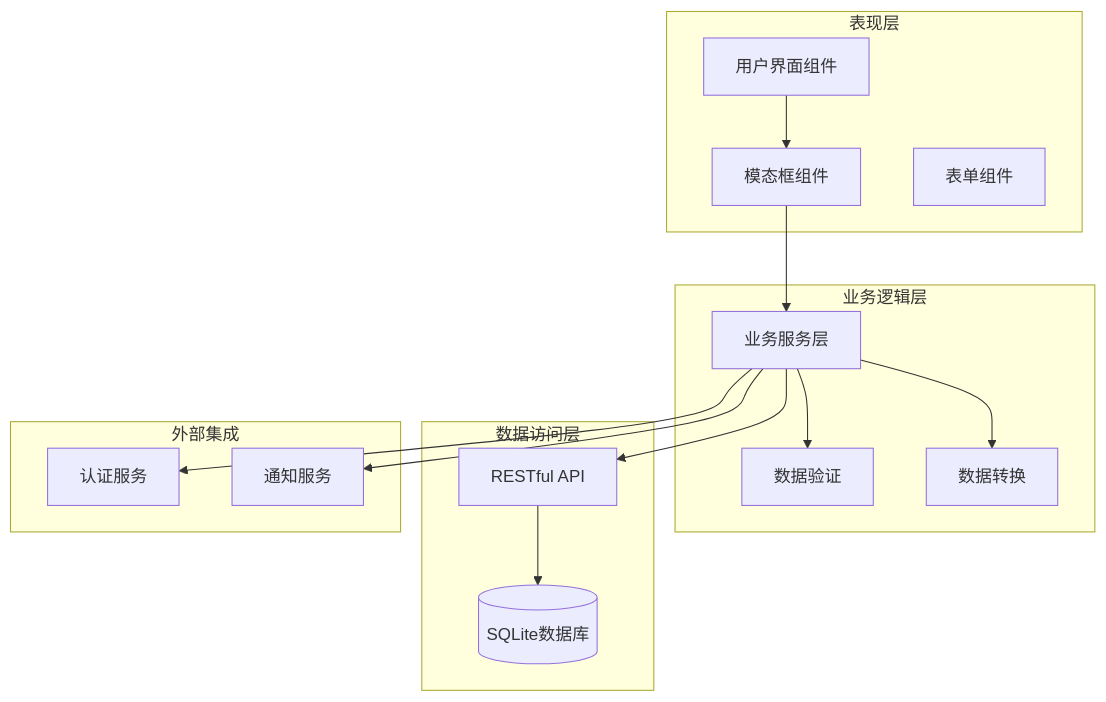
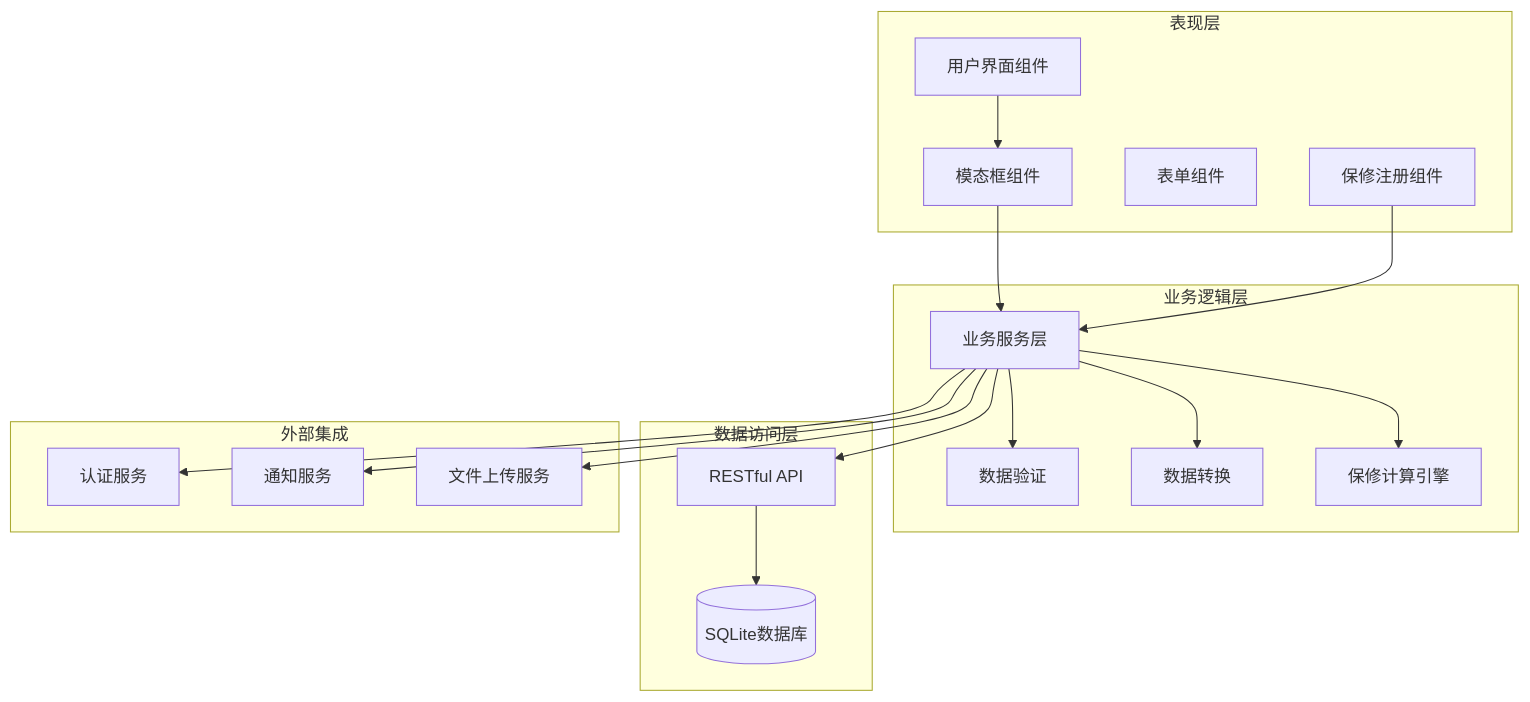
The third of 14 diagrams in .qoder/repowiki/zh/content/前端组件架构/产品详情页面组件/产品编辑模态框.md (CubeEdge/Longhorn), drawn with Mermaid before and after one commit. The commit also changed other lines of this file and 47 other files, not shown here.

````diff
--- a/.qoder/repowiki/zh/content/前端组件架构/产品详情页面组件/产品编辑模态框.md
+++ b/.qoder/repowiki/zh/content/前端组件架构/产品详情页面组件/产品编辑模态框.md
@@ -147,29 +176,35 @@
 ```mermaid
 graph TB
 subgraph "表现层"
 UI[用户界面组件]
 MODAL[模态框组件]
 FORM[表单组件]
+WARRANTY[保修注册组件]
 end
 subgraph "业务逻辑层"
 SERVICE[业务服务层]
 VALIDATION[数据验证]
 TRANSFORMATION[数据转换]
+WARRANTY_ENGINE[保修计算引擎]
 end
 subgraph "数据访问层"
 API[RESTful API]
 DATABASE[(SQLite数据库)]
 end
 subgraph "外部集成"
 AUTH[认证服务]
 NOTIFICATION[通知服务]
+UPLOAD[文件上传服务]
 end
 UI --> MODAL
 MODAL --> SERVICE
+WARRANTY --> SERVICE
 SERVICE --> VALIDATION
 SERVICE --> TRANSFORMATION
+SERVICE --> WARRANTY_ENGINE
 SERVICE --> API
 API --> DATABASE
 SERVICE --> AUTH
 SERVICE --> NOTIFICATION
+SERVICE --> UPLOAD
 ```
````
